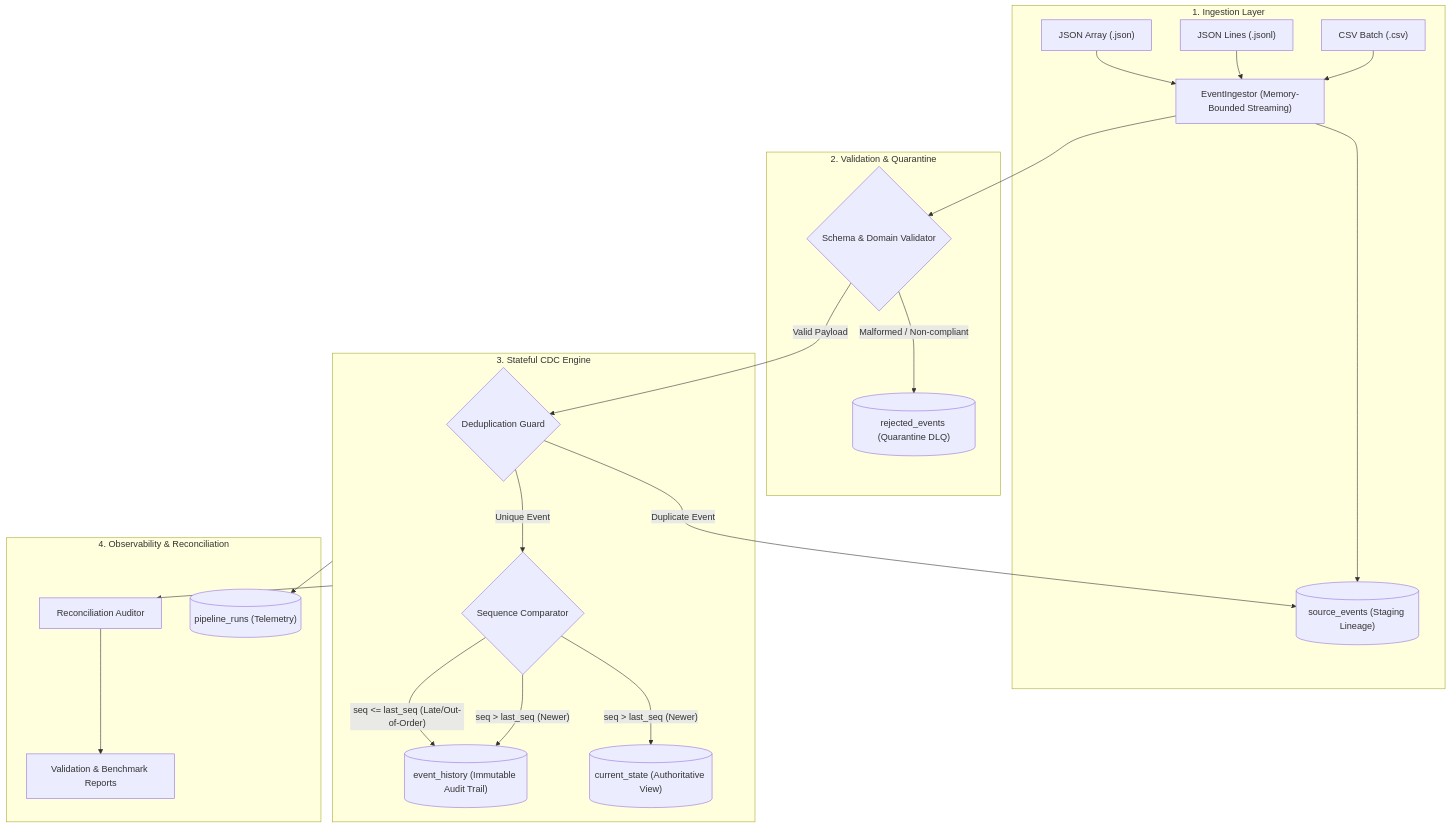
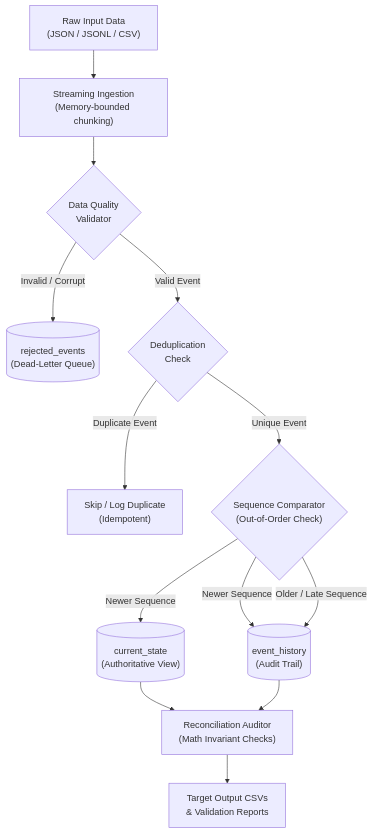
Before and after one commit to Malleswarikomara/CDC_DataPipeline-Project: the diagram in README.md, drawn with Mermaid. The commit also changed other lines of this file, not shown here.

````diff
--- a/README.md
+++ b/README.md
@@ -50,42 +11,14 @@
 ```mermaid
 flowchart TD
-    subgraph Ingestion_Layer ["1. Ingestion Layer"]
-        F1["JSON Array (.json)"]
-        F2["JSON Lines (.jsonl)"]
-        F3["CSV Batch (.csv)"]
-        ING["EventIngestor (Memory-Bounded Streaming)"]
-        STG[("source_events (Staging Lineage)")]
-    end
-
-    subgraph Validation_Layer ["2. Validation & Quarantine"]
-        VAL{"Schema & Domain Validator"}
-        REJ[("rejected_events (Quarantine DLQ)")]
-    end
-
-    subgraph CDC_Core ["3. Stateful CDC Engine"]
-        DEDUP{"Deduplication Guard"}
-        SEQ{"Sequence Comparator"}
-        CURR[("current_state (Authoritative View)")]
-        HIST[("event_history (Immutable Audit Trail)")]
-    end
-
-    subgraph Audit_Layer ["4. Observability & Reconciliation"]
-        RUNS[("pipeline_runs (Telemetry)")]
-        AUDIT["Reconciliation Auditor"]
-        REPORT["Validation & Benchmark Reports"]
-    end
-
-    F1 & F2 & F3 --> ING
-    ING --> STG
-    ING --> VAL
-    VAL -- "Malformed / Non-compliant" --> REJ
-    VAL -- "Valid Payload" --> DEDUP
-    DEDUP -- "Duplicate Event" --> STG
-    DEDUP -- "Unique Event" --> SEQ
-    SEQ -- "seq > last_seq (Newer)" --> CURR
-    SEQ -- "seq > last_seq (Newer)" --> HIST
-    SEQ -- "seq <= last_seq (Late/Out-of-Order)" --> HIST
-    CDC_Core --> RUNS
-    CDC_Core --> AUDIT
-    AUDIT --> REPORT
+    A["Raw Input Data\n(JSON / JSONL / CSV)"] --> B["Streaming Ingestion\n(Memory-bounded chunking)"]
+    B --> C{"Data Quality\nValidator"}
+    C -- "Invalid / Corrupt" --> D[("rejected_events\n(Dead-Letter Queue)")]
+    C -- "Valid Event" --> E{"Deduplication\nCheck"}
+    E -- "Duplicate Event" --> F["Skip / Log Duplicate\n(Idempotent)"]
+    E -- "Unique Event" --> G{"Sequence Comparator\n(Out-of-Order Check)"}
+    G -- "Newer Sequence" --> H[("current_state\n(Authoritative View)")]
+    G -- "Newer Sequence" --> I[("event_history\n(Audit Trail)")]
+    G -- "Older / Late Sequence" --> I
+    H & I --> J["Reconciliation Auditor\n(Math Invariant Checks)"]
+    J --> K["Target Output CSVs\n& Validation Reports"]
 ```
````
